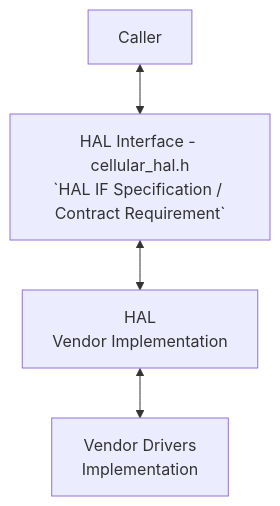
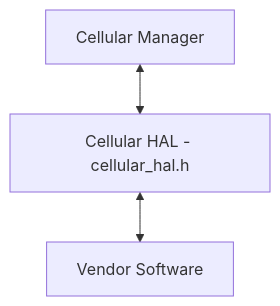
Before and after one commit to Blitzy-Sky/rdkb-halif-cellular: the first of 2 diagrams in docs/pages/halSpec.md, drawn with Mermaid. The commit also changed other lines of this file, not shown here.

First line of the commit message:
docs: simplify the Cellular_Manager_HAL specification

````diff
--- a/docs/pages/halSpec.md
+++ b/docs/pages/halSpec.md
@@ -60,7 +35,5 @@
 ```mermaid
-
 flowchart
-    Caller <--> HALIF[HAL Interface - cellular_hal.h\n`HAL IF Specification / Contract Requirement`]
-    HALIF <--> VendorWrapper[HAL\nVendor Implementation]
-    VendorWrapper <--> VendorDrivers[Vendor Drivers\nImplementation]
+    Caller[Cellular Manager] <--> HAL[Cellular HAL - cellular_hal.h]
+    HAL <--> Vendor[Vendor Software]
 ```
````
